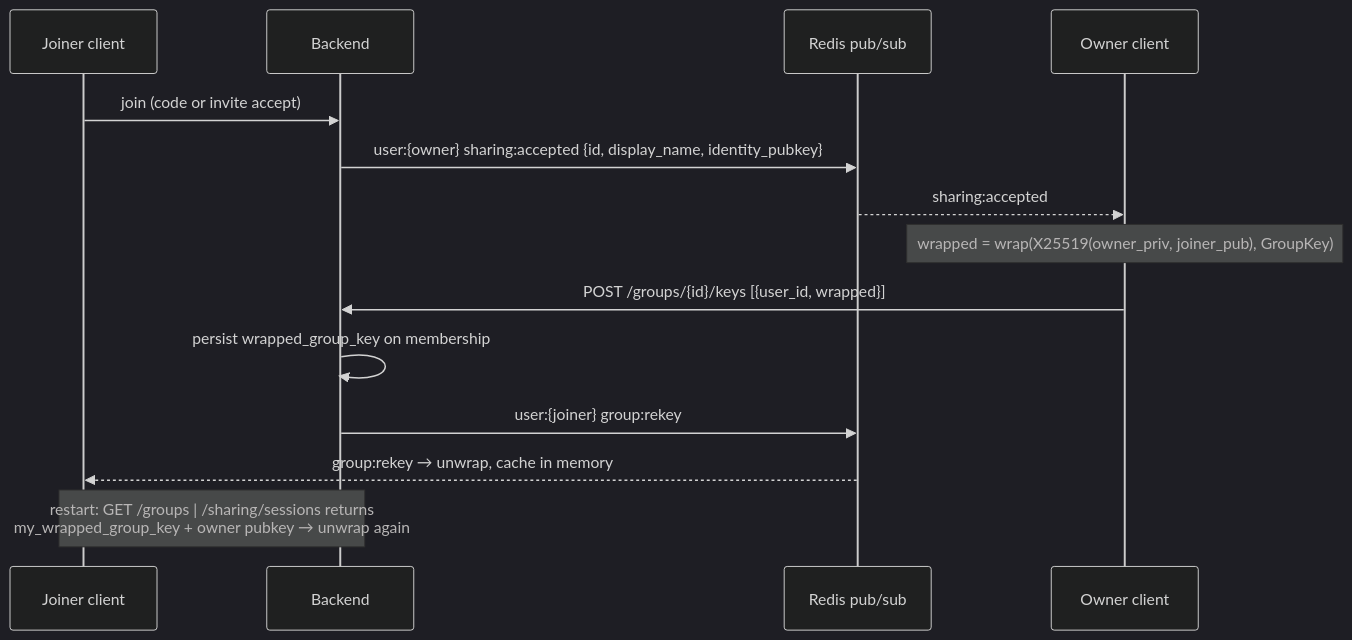
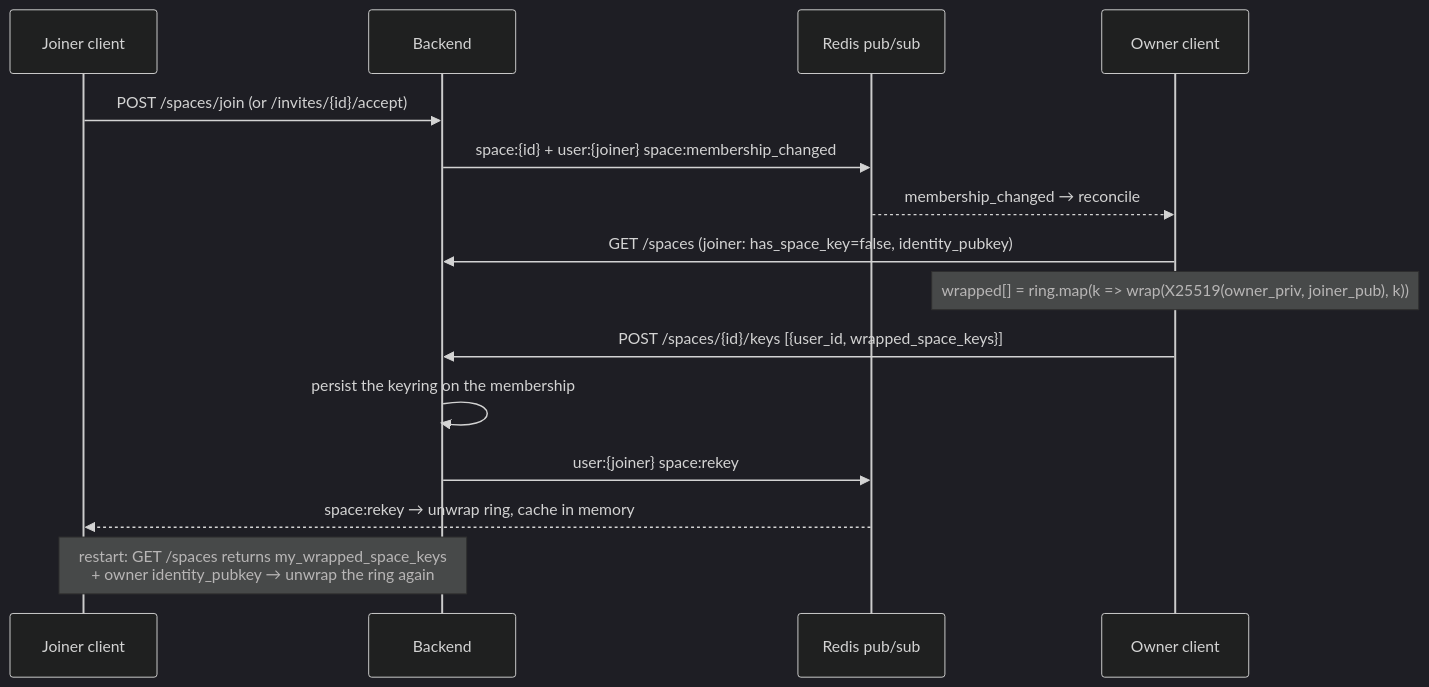
One commit to NotRover/RoverTools-Orange-Copy-Paste-Backend changed the third of 3 diagrams in docs/ARCHITECTURE.md. Above: the diagram before and after it, drawn with Mermaid (dark theme). The commit also changed other lines of this file and 21 other files, not shown here.

First line of the commit message:
feat(spaces): fold groups and live share into one space primitive

````diff
--- a/docs/ARCHITECTURE.md
+++ b/docs/ARCHITECTURE.md
@@ -703,17 +880,18 @@
 ```mermaid
 sequenceDiagram
     participant J as Joiner client
     participant API as Backend
     participant R as Redis pub/sub
     participant O as Owner client
 
-    J->>API: join (code or invite accept)
-    API->>R: user:{owner} sharing:accepted {id, display_name, identity_pubkey}
-    R-->>O: sharing:accepted
-    Note over O: wrapped = wrap(X25519(owner_priv, joiner_pub), GroupKey)
-    O->>API: POST /groups/{id}/keys [{user_id, wrapped}]
-    API->>API: persist wrapped_group_key on membership
-    API->>R: user:{joiner} group:rekey
-    R-->>J: group:rekey → unwrap, cache in memory
-    Note over J,API: restart: GET /groups | /sharing/sessions returns<br/>my_wrapped_group_key + owner pubkey → unwrap again
+    J->>API: POST /spaces/join (or /invites/{id}/accept)
+    API->>R: space:{id} + user:{joiner} space:membership_changed
+    R-->>O: membership_changed → reconcile
+    O->>API: GET /spaces  (joiner: has_space_key=false, identity_pubkey)
+    Note over O: wrapped[] = ring.map(k => wrap(X25519(owner_priv, joiner_pub), k))
+    O->>API: POST /spaces/{id}/keys [{user_id, wrapped_space_keys}]
+    API->>API: persist the keyring on the membership
+    API->>R: user:{joiner} space:rekey
+    R-->>J: space:rekey → unwrap ring, cache in memory
+    Note over J,API: restart: GET /spaces returns my_wrapped_space_keys<br/>+ owner identity_pubkey → unwrap the ring again
 ```
````
